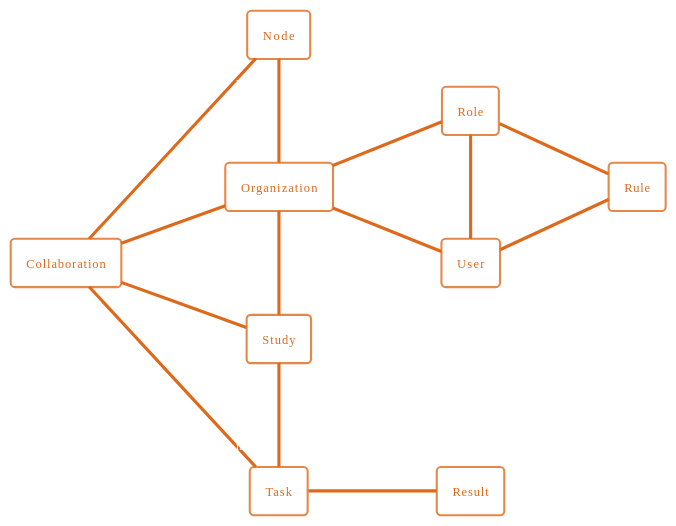
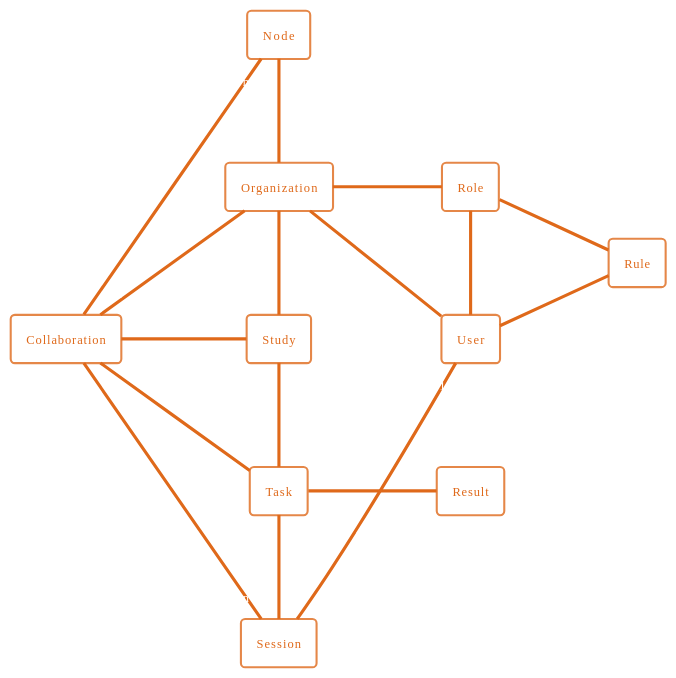
The second of 2 diagrams in docs/introduction/introduction.rst (vantage6/vantage6), drawn with PlantUML before and after one commit. The commit also changed 6 other files, not shown here.

```diff
--- a/docs/introduction/introduction.rst
+++ b/docs/introduction/introduction.rst
@@ -109,34 +109,38 @@
 .. uml::
 
     !theme superhero-outline
     skinparam nodesep 100
     skinparam ranksep 100
     left to right direction
 
     rectangle Collaboration
     rectangle Node
     rectangle Organization
+    rectangle Session
     rectangle Study
     rectangle Task
     rectangle Result
     rectangle User
     rectangle Role
     rectangle Rule
 
     Collaboration "1" -- "n" Node
     Collaboration "n" -- "n" Organization
     Collaboration "1" -- "n" Study
+    Collaboration "1" -- "n" Session
     Collaboration "1" -- "n" Task
 
     Study "n" -left- "n" Organization
     Study "1" -right- "n" Task
+    Task "n" -right- "1" Session
 
     Node "n" -right- "1" Organization
 
     Organization "1" -- "n" User
     Organization "0" -- "n" Role
     Task "1" -- "n" Result
+    Session "n" - "1" User
 
     User "n" -left- "n" Role
     Role "n" -- "n" Rule
     User "n" -- "n" Rule
```
